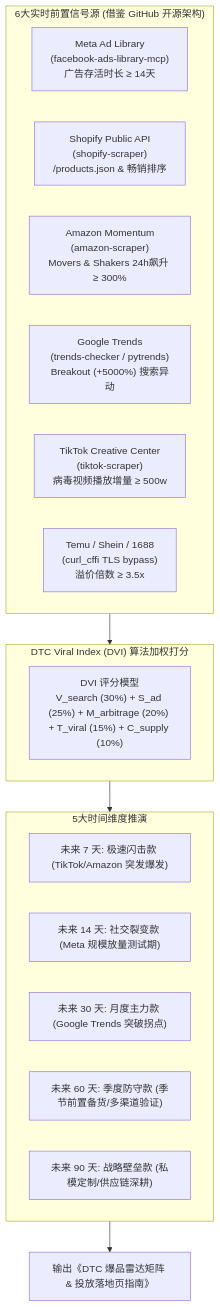
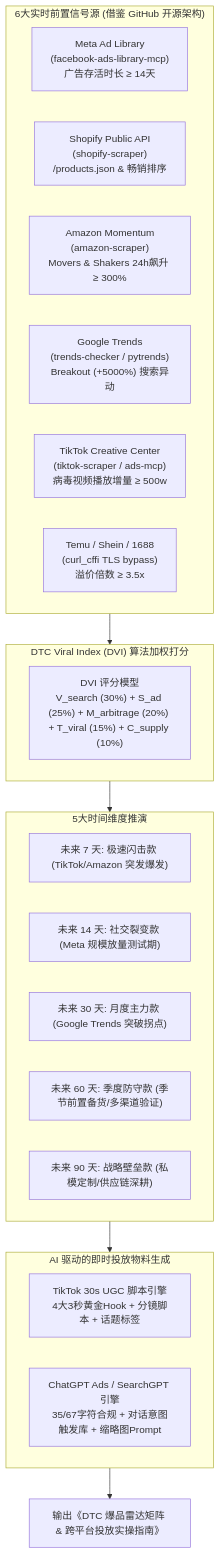
One commit to cnproduct/dtc-product-intelligence changed the diagram in SKILL.md. Above: the diagram before and after it, drawn with Mermaid. The commit also changed other lines of this file and 3 other files, not shown here.

Commit message:
feat: integrate TikTok Ads UGC storyboard engine and ChatGPT Ads builder

````diff
--- a/SKILL.md
+++ b/SKILL.md
@@ -12,27 +12,33 @@
 ```mermaid
 flowchart TD
     subgraph DataSources["6大实时前置信号源 (借鉴 GitHub 开源架构)"]
         META["Meta Ad Library<br/>(facebook-ads-library-mcp)<br/>广告存活时长 ≥ 14天"]
         SHOP["Shopify Public API<br/>(shopify-scraper)<br/>/products.json & 畅销排序"]
         AMZ["Amazon Momentum<br/>(amazon-scraper)<br/>Movers & Shakers 24h飙升 ≥ 300%"]
         TRENDS["Google Trends<br/>(trends-checker / pytrends)<br/>Breakout (+5000%) 搜索异动"]
-        TIKTOK["TikTok Creative Center<br/>(tiktok-scraper)<br/>病毒视频播放增量 ≥ 500w"]
+        TIKTOK["TikTok Creative Center<br/>(tiktok-scraper / ads-mcp)<br/>病毒视频播放增量 ≥ 500w"]
         ARBITRAGE["Temu / Shein / 1688<br/>(curl_cffi TLS bypass)<br/>溢价倍数 ≥ 3.5x"]
     end
 
     subgraph DVI["DTC Viral Index (DVI) 算法加权打分"]
         SCORE["DVI 评分模型<br/>V_search (30%) + S_ad (25%) + M_arbitrage (20%) + T_viral (15%) + C_supply (10%)"]
     end
 
     subgraph Horizons["5大时间维度推演"]
         H7["未来 7 天: 极速闪击款 (TikTok/Amazon 突发爆发)"]
         H14["未来 14 天: 社交裂变款 (Meta 规模放量测试期)"]
         H30["未来 30 天: 月度主力款 (Google Trends 突破拐点)"]
         H60["未来 60 天: 季度防守款 (季节前置备货/多渠道验证)"]
         H90["未来 90 天: 战略壁垒款 (私模定制/供应链深耕)"]
     end
 
+    subgraph CreativeExecution["AI 驱动的即时投放物料生成"]
+        TK_ADS["TikTok 30s UGC 脚本引擎<br/>4大3秒黄金Hook + 分镜脚本 + 话题标签"]
+        GPT_ADS["ChatGPT Ads / SearchGPT 引擎<br/>35/67字符合规 + 对话意图触发库 + 缩略图Prompt"]
+    end
+
     DataSources --> DVI
     DVI --> Horizons
-    Horizons --> Output["输出《DTC 爆品雷达矩阵 & 投放落地页指南》"]
+    Horizons --> CreativeExecution
+    CreativeExecution --> Output["输出《DTC 爆品雷达矩阵 & 跨平台投放实操指南》"]
 ```
````
